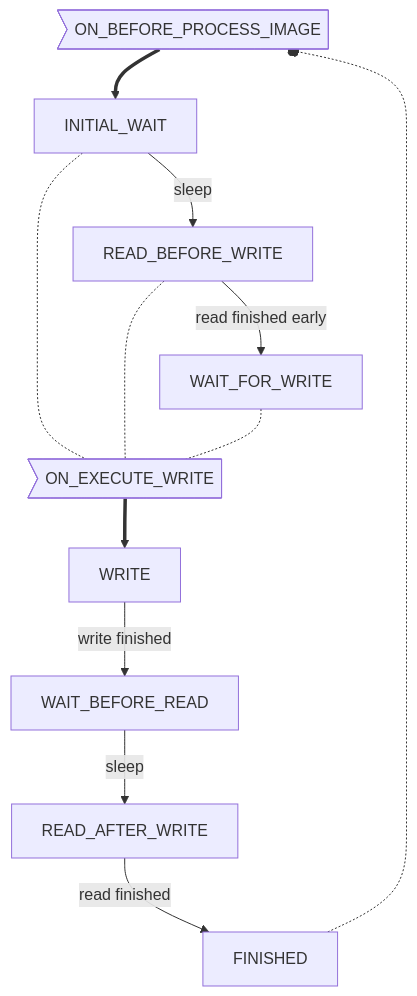
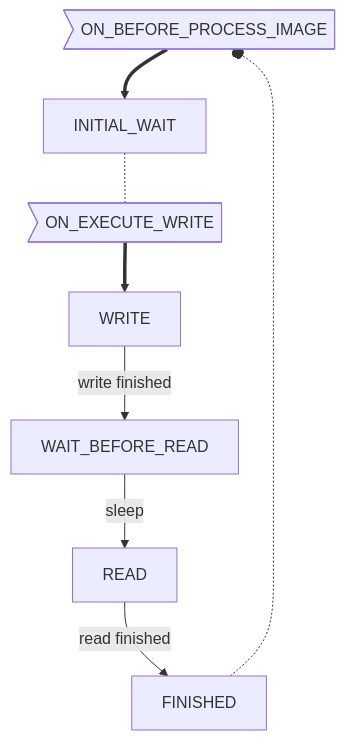
One commit to OpenEMS/openems changed the diagram in io.openems.edge.bridge.modbus/doc/statemachine.md. Above: the diagram before and after it, drawn with Mermaid. The commit also changed 2 other files, not shown here.

First paragraph of the commit message:
[Edge] Bridge.Modbus: fix task scheduling and simplify task handling (#3547)
As discussed and suggested in https://community.openems.io/t/asking-for-feedback-new-modbusworker-implementation/1747/18

````diff
--- a/io.openems.edge.bridge.modbus/doc/statemachine.md
+++ b/io.openems.edge.bridge.modbus/doc/statemachine.md
@@ -3,19 +3,15 @@
 ```mermaid
 graph TD
 ON_BEFORE_PROCESS_IMAGE>ON_BEFORE_PROCESS_IMAGE]
 ON_EXECUTE_WRITE>ON_EXECUTE_WRITE]
 
 ON_EXECUTE_WRITE ==> WRITE
-INITIAL_WAIT -->|sleep| READ_BEFORE_WRITE
 INITIAL_WAIT -.- ON_EXECUTE_WRITE
-READ_BEFORE_WRITE -->|read finished early| WAIT_FOR_WRITE
-READ_BEFORE_WRITE -.- ON_EXECUTE_WRITE
-WAIT_FOR_WRITE -.- ON_EXECUTE_WRITE
 
 WRITE -->|write finished| WAIT_BEFORE_READ
-WAIT_BEFORE_READ -->|sleep| READ_AFTER_WRITE
-READ_AFTER_WRITE -->|read finished| FINISHED
+WAIT_BEFORE_READ -->|sleep| READ
+READ -->|read finished| FINISHED
 
 ON_BEFORE_PROCESS_IMAGE ==> INITIAL_WAIT
 FINISHED -.-o ON_BEFORE_PROCESS_IMAGE
 ```
````
